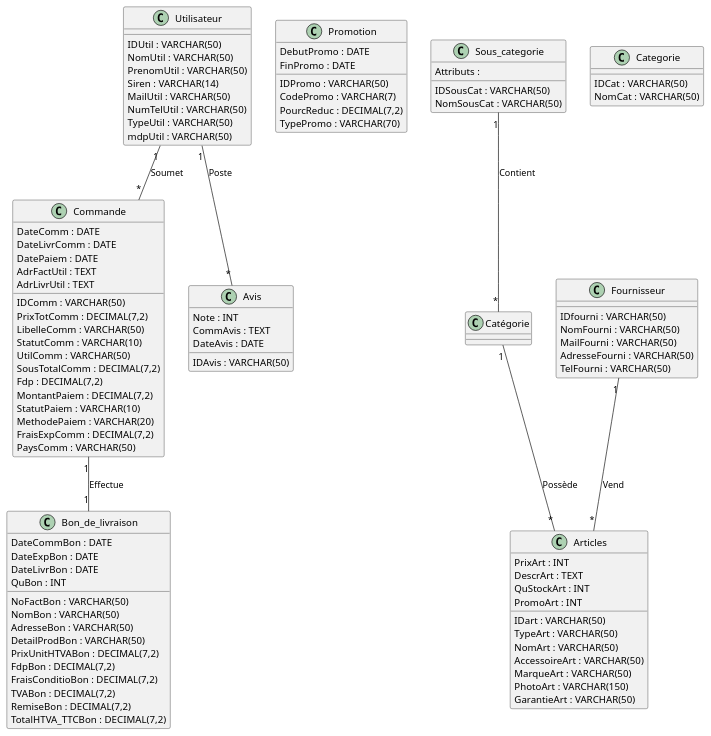
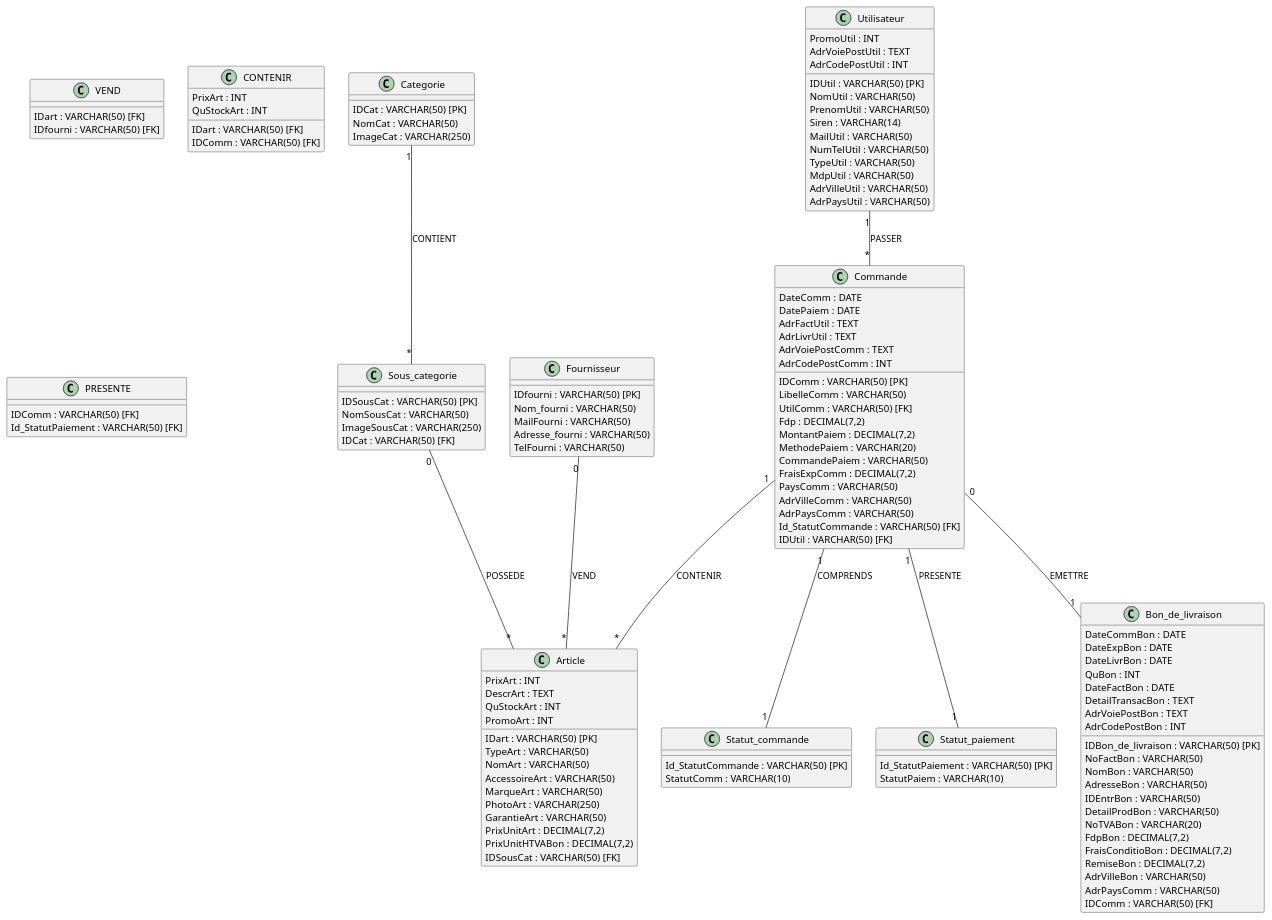
One commit to EldenGlitchDev/VillageGreen changed the diagram in conception/UML/diagramme_classes.puml. Above: the diagram before and after it, drawn with PlantUML. The commit also changed 60 other files, not shown here.

```diff
--- a/conception/UML/diagramme_classes.puml
+++ b/conception/UML/diagramme_classes.puml
@@ -1,109 +1,140 @@
-@startuml VillageGreen
+@startuml
         
-class Utilisateur {
-        IDUtil : VARCHAR(50)
+class Categorie {
+        IDCat : VARCHAR(50) [PK]
+        NomCat : VARCHAR(50)
+        ImageCat : VARCHAR(250)
+    }
+
+class Sous_categorie {
+        IDSousCat : VARCHAR(50) [PK]
+        NomSousCat : VARCHAR(50)
+        ImageSousCat : VARCHAR(250)
+        IDCat : VARCHAR(50) [FK]
+    }
+
+Class Utilisateur {
+        IDUtil : VARCHAR(50) [PK]
         NomUtil : VARCHAR(50)
         PrenomUtil : VARCHAR(50)
         Siren : VARCHAR(14)
         MailUtil : VARCHAR(50)
         NumTelUtil : VARCHAR(50)
         TypeUtil : VARCHAR(50)
-        mdpUtil : VARCHAR(50)
-    }
-
-class Commande {
-        IDComm : VARCHAR(50)
-        DateComm : DATE
-        DateLivrComm : DATE
-        PrixTotComm : DECIMAL(7,2)
-        LibelleComm : VARCHAR(50)
-        StatutComm : VARCHAR(10)
-        UtilComm : VARCHAR(50)
-        SousTotalComm : DECIMAL(7,2)
-        Fdp : DECIMAL(7,2)
-        MontantPaiem : DECIMAL(7,2)
-        DatePaiem : DATE
-        StatutPaiem : VARCHAR(10)
-        MethodePaiem : VARCHAR(20)
-        AdrFactUtil : TEXT
-        AdrLivrUtil : TEXT
-        FraisExpComm : DECIMAL(7,2)
-        PaysComm : VARCHAR(50)
-    }
-
-Class Avis {
-        IDAvis : VARCHAR(50)
-        Note : INT
-        CommAvis : TEXT
-        DateAvis : DATE
-    }
-
-Class Promotion {
-        IDPromo : VARCHAR(50)
-        CodePromo : VARCHAR(7)
-        PourcReduc : DECIMAL(7,2)
-        DebutPromo : DATE
-        FinPromo : DATE
-        TypePromo : VARCHAR(70)
-    }
-
-Class Bon_de_livraison {
-        NoFactBon : VARCHAR(50)
-        NomBon : VARCHAR(50)
-        AdresseBon : VARCHAR(50)
-        DateCommBon : DATE
-        DateExpBon : DATE
-        DateLivrBon : DATE
-        DetailProdBon : VARCHAR(50)
-        QuBon : INT
-        PrixUnitHTVABon : DECIMAL(7,2)
-        FdpBon : DECIMAL(7,2)
-        FraisConditioBon : DECIMAL(7,2)
-        TVABon : DECIMAL(7,2)
-        RemiseBon : DECIMAL(7,2)
-        TotalHTVA_TTCBon : DECIMAL(7,2)
-    }
-
-Class Sous_categorie {
-
-    Attributs :
-        IDSousCat : VARCHAR(50)
-        NomSousCat : VARCHAR(50)
+        MdpUtil : VARCHAR(50)
+        PromoUtil : INT
+        AdrVoiePostUtil : TEXT
+        AdrCodePostUtil : INT
+        AdrVilleUtil : VARCHAR(50)
+        AdrPaysUtil : VARCHAR(50)
     }
 
 Class Fournisseur {
-        IDfourni : VARCHAR(50)
-        NomFourni : VARCHAR(50)
+        IDfourni : VARCHAR(50) [PK]
+        Nom_fourni : VARCHAR(50)
         MailFourni : VARCHAR(50)
-        AdresseFourni : VARCHAR(50)
+        Adresse_fourni : VARCHAR(50)
         TelFourni : VARCHAR(50)
     }
 
-
-Class Categorie {
-        IDCat : VARCHAR(50)
-        NomCat : VARCHAR(50)
+Class Statut_commande {
+        Id_StatutCommande : VARCHAR(50) [PK]
+        StatutComm : VARCHAR(10)
     }
 
-Class Articles {
-        IDart : VARCHAR(50)
+Class Statut_paiement {
+        Id_StatutPaiement : VARCHAR(50) [PK]
+        StatutPaiem : VARCHAR(10)
+    }
+
+Class Article {
+        IDart : VARCHAR(50) [PK]
         TypeArt : VARCHAR(50)
         NomArt : VARCHAR(50)
         AccessoireArt : VARCHAR(50)
         PrixArt : INT
         MarqueArt : VARCHAR(50)
         DescrArt : TEXT
         QuStockArt : INT
-        PhotoArt : VARCHAR(150)
+        PhotoArt : VARCHAR(250)
         GarantieArt : VARCHAR(50)
         PromoArt : INT
+        PrixUnitArt : DECIMAL(7,2)
+        PrixUnitHTVABon : DECIMAL(7,2)
+        IDSousCat : VARCHAR(50) [FK]
     }
 
-Utilisateur "1" -- "*" Commande :  Soumet
-Utilisateur "1" -- "*" Avis : Poste
-Commande "1" -- "1" Bon_de_livraison : Effectue
-Sous_categorie "1" -- "*" Catégorie : Contient
-Fournisseur "1" -- "*" Articles : Vend
-Catégorie "1" -- "*" Articles : Possède
+Class Commande {
+        IDComm : VARCHAR(50) [PK]
+        DateComm : DATE
+        LibelleComm : VARCHAR(50)
+        UtilComm : VARCHAR(50) [FK]
+        Fdp : DECIMAL(7,2)
+        MontantPaiem : DECIMAL(7,2)
+        DatePaiem : DATE
+        MethodePaiem : VARCHAR(20)
+        CommandePaiem : VARCHAR(50)
+        AdrFactUtil : TEXT
+        AdrLivrUtil : TEXT
+        FraisExpComm : DECIMAL(7,2)
+        PaysComm : VARCHAR(50)
+        AdrVoiePostComm : TEXT
+        AdrCodePostComm : INT
+        AdrVilleComm : VARCHAR(50)
+        AdrPaysComm : VARCHAR(50)
+        Id_StatutCommande : VARCHAR(50) [FK]
+        IDUtil : VARCHAR(50) [FK]
+    }
+
+Class Bon_de_livraison {
+        IDBon_de_livraison : VARCHAR(50) [PK]
+        NoFactBon : VARCHAR(50)
+        NomBon : VARCHAR(50)
+        AdresseBon : VARCHAR(50)
+        IDEntrBon : VARCHAR(50)
+        DateCommBon : DATE
+        DateExpBon : DATE
+        DateLivrBon : DATE
+        DetailProdBon : VARCHAR(50)
+        QuBon : INT
+        DateFactBon : DATE
+        NoTVABon : VARCHAR(20)
+        DetailTransacBon : TEXT
+        FdpBon : DECIMAL(7,2)
+        FraisConditioBon : DECIMAL(7,2)
+        RemiseBon : DECIMAL(7,2)
+        AdrVoiePostBon : TEXT
+        AdrCodePostBon : INT
+        AdrVilleBon : VARCHAR(50)
+        AdrPaysComm : VARCHAR(50)
+        IDComm : VARCHAR(50) [FK]
+    }
+
+
+Class VEND {
+        IDart : VARCHAR(50) [FK]
+        IDfourni : VARCHAR(50) [FK]
+    }
+
+Class CONTENIR {
+        IDart : VARCHAR(50) [FK]
+        IDComm : VARCHAR(50) [FK]
+        PrixArt : INT
+        QuStockArt : INT
+    }
+    
+Class PRESENTE {
+        IDComm : VARCHAR(50) [FK]
+        Id_StatutPaiement : VARCHAR(50) [FK]
+    }
+
+Categorie "1" -- "*" Sous_categorie :  CONTIENT
+Sous_categorie "0" -- "*" Article : POSSEDE
+Utilisateur "1" -- "*" Commande : PASSER
+Commande "1" -- "1" Statut_commande : COMPRENDS
+Commande "0" -- "1" Bon_de_livraison : EMETTRE
+Commande "1" -- "1" Statut_paiement : PRESENTE
+Fournisseur "0" -- "*" Article : VEND
+Commande "1" -- "*" Article : CONTENIR
 
 @enduml
```
